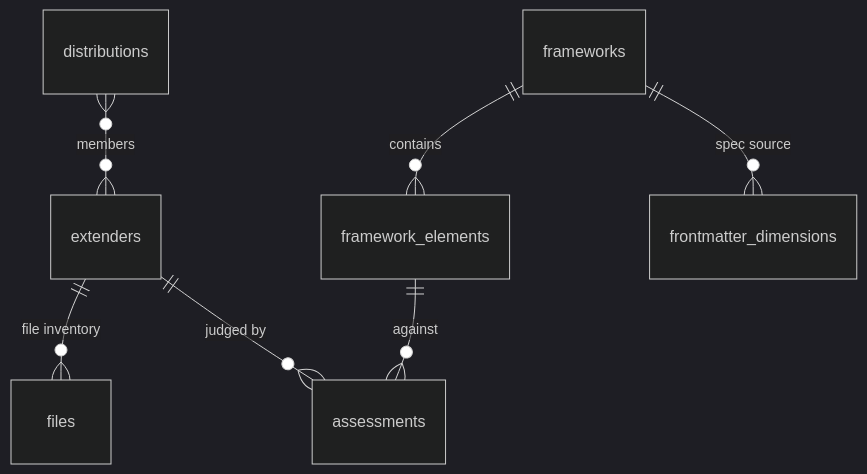
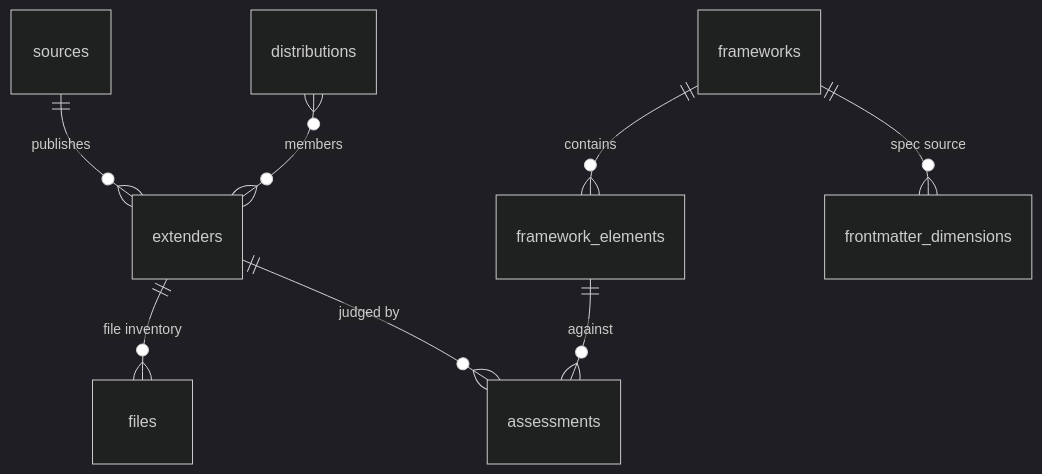
The diagram in _meta/extender-db/README.md (hsb3/dotfiles-agents), drawn with Mermaid (dark theme) before and after one commit. The commit also changed other lines of this file and 4 other files, not shown here.

````diff
--- a/_meta/extender-db/README.md
+++ b/_meta/extender-db/README.md
@@ -42,9 +42,10 @@
 ```mermaid
 erDiagram
     extenders ||--o{ files : "file inventory"
+    sources ||--o{ extenders : publishes
     distributions }o--o{ extenders : members
     frameworks ||--o{ framework_elements : contains
     extenders ||--o{ assessments : "judged by"
     framework_elements ||--o{ assessments : "against"
     frameworks ||--o{ frontmatter_dimensions : "spec source"
 ```
````
